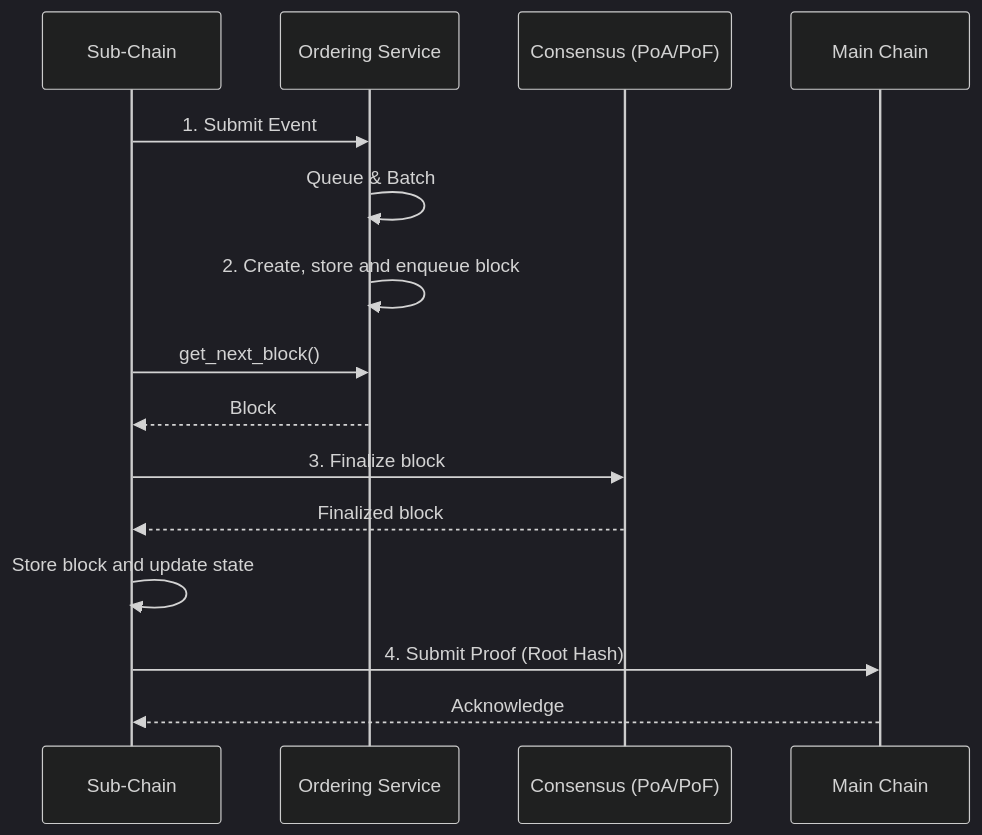
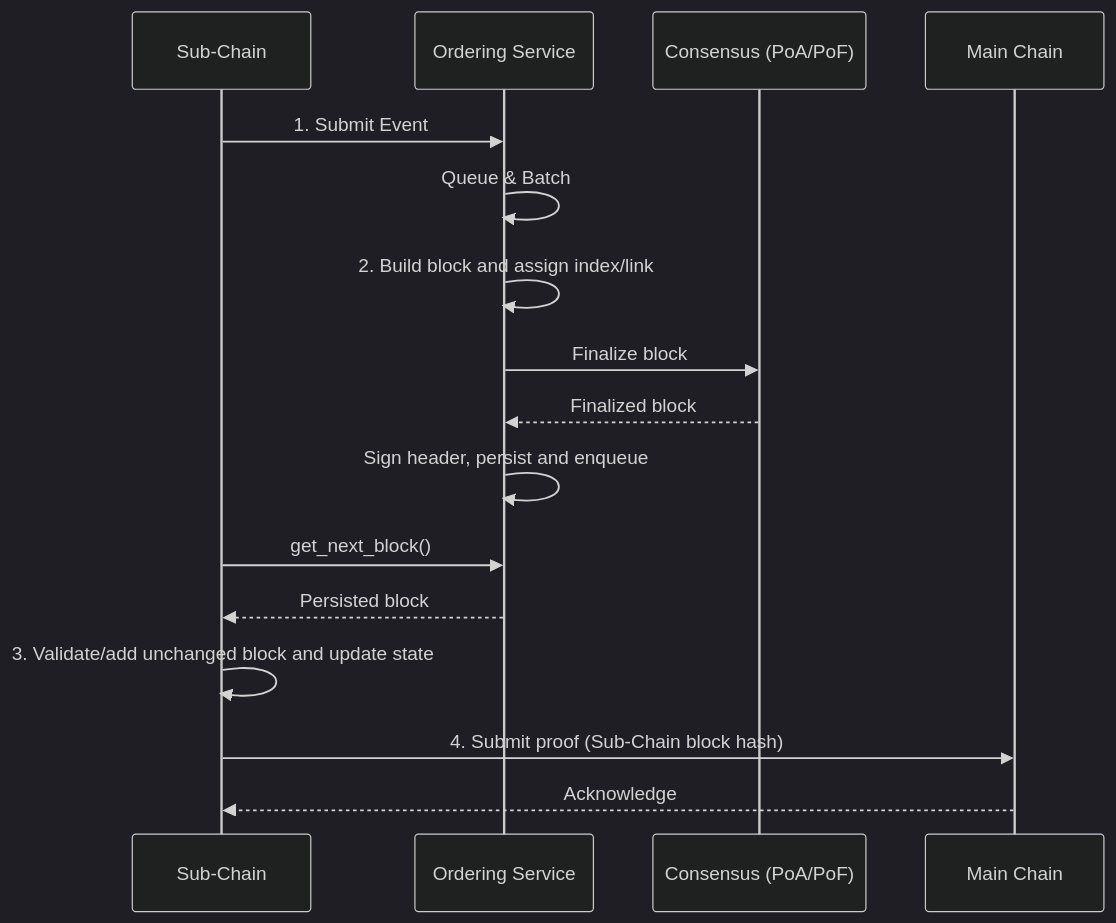
Before and after one commit to VanDung-dev/HieraChain: the diagram in docs/en/architecture/consensus.md, drawn with Mermaid (dark theme). The commit also changed other lines of this file and 158 other files, not shown here.

````diff
--- a/docs/en/architecture/consensus.md
+++ b/docs/en/architecture/consensus.md
@@ -23,18 +23,19 @@
 ```mermaid
 sequenceDiagram
     participant SC as Sub-Chain
     participant OS as Ordering Service
     participant C as Consensus (PoA/PoF)
     participant MC as Main Chain
 
     SC->>OS: 1. Submit Event
     OS->>OS: Queue & Batch
-    OS->>OS: 2. Create, store and enqueue block
+    OS->>OS: 2. Build block and assign index/link
+    OS->>C: Finalize block
+    C-->>OS: Finalized block
+    OS->>OS: Sign header, persist and enqueue
     SC->>OS: get_next_block()
-    OS-->>SC: Block
-    SC->>C: 3. Finalize block
-    C-->>SC: Finalized block
-    SC->>SC: Store block and update state
-    SC->>MC: 4. Submit Proof (Root Hash)
+    OS-->>SC: Persisted block
+    SC->>SC: 3. Validate/add unchanged block and update state
+    SC->>MC: 4. Submit proof (Sub-Chain block hash)
     MC-->>SC: Acknowledge
 ```
````
